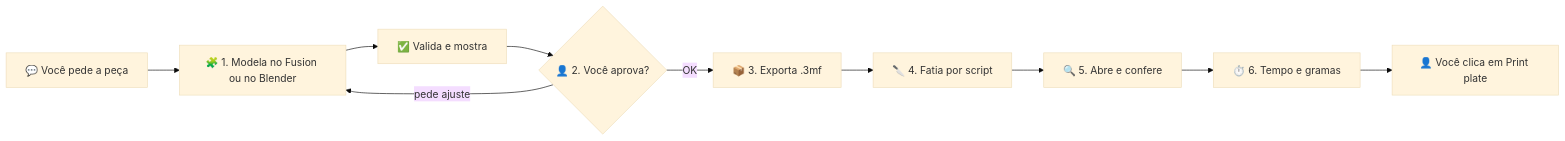
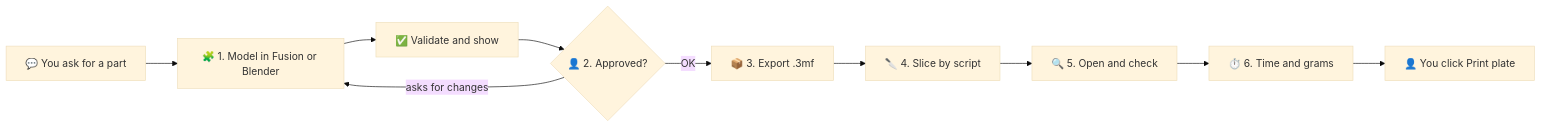
The diagram in README.md (Grolla05/Generate-bambu), drawn with Mermaid (base theme) before and after one commit. The commit also changed other lines of this file and 9 other files, not shown here.

````diff
--- a/README.md
+++ b/README.md
@@ -49,12 +53,12 @@
 ```mermaid
 flowchart LR
-    A["💬 Você pede a peça"] --> B["🧩 1. Modela no Fusion ou no Blender"]
-    B --> C["✅ Valida e mostra"]
-    C --> D{"👤 2. Você aprova?"}
-    D -- "pede ajuste" --> B
-    D -- "OK" --> E["📦 3. Exporta .3mf"]
-    E --> F["🔪 4. Fatia por script"]
-    F --> G["🔍 5. Abre e confere"]
-    G --> H["⏱️ 6. Tempo e gramas"]
-    H --> I["👤 Você clica em Print plate"]
+    A["💬 You ask for a part"] --> B["🧩 1. Model in Fusion or Blender"]
+    B --> C["✅ Validate and show"]
+    C --> D{"👤 2. Approved?"}
+    D -- "asks for changes" --> B
+    D -- "OK" --> E["📦 3. Export .3mf"]
+    E --> F["🔪 4. Slice by script"]
+    F --> G["🔍 5. Open and check"]
+    G --> H["⏱️ 6. Time and grams"]
+    H --> I["👤 You click Print plate"]
 ```
````
